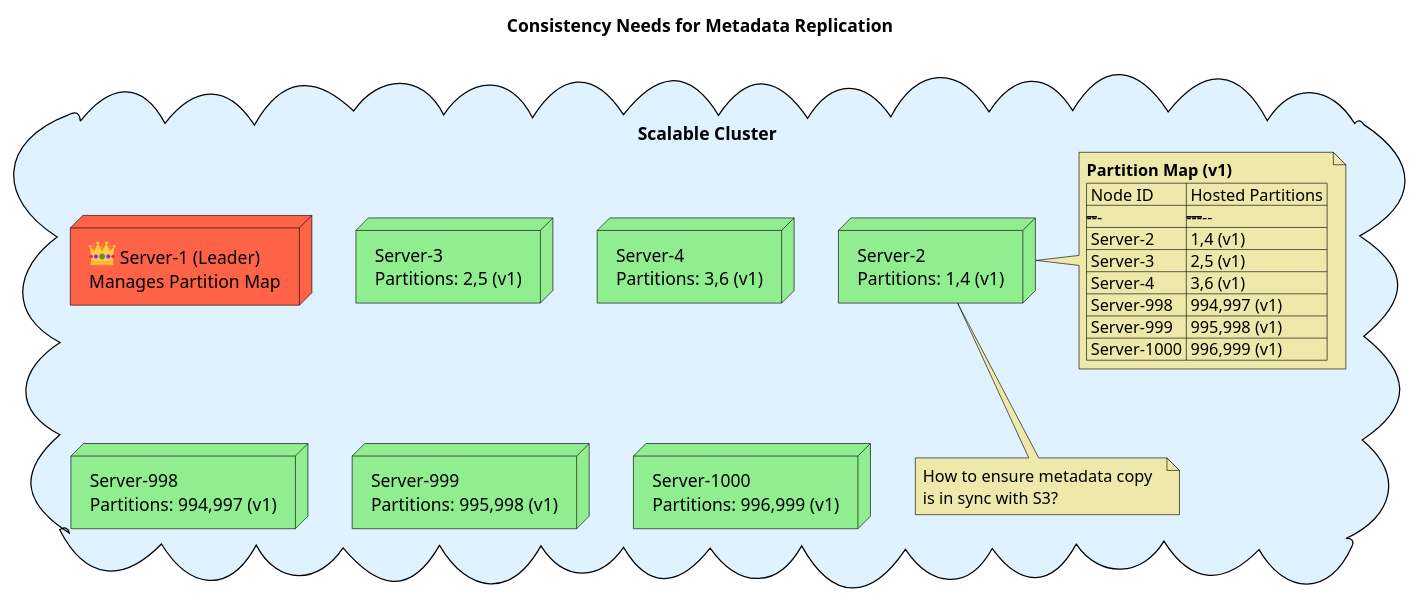
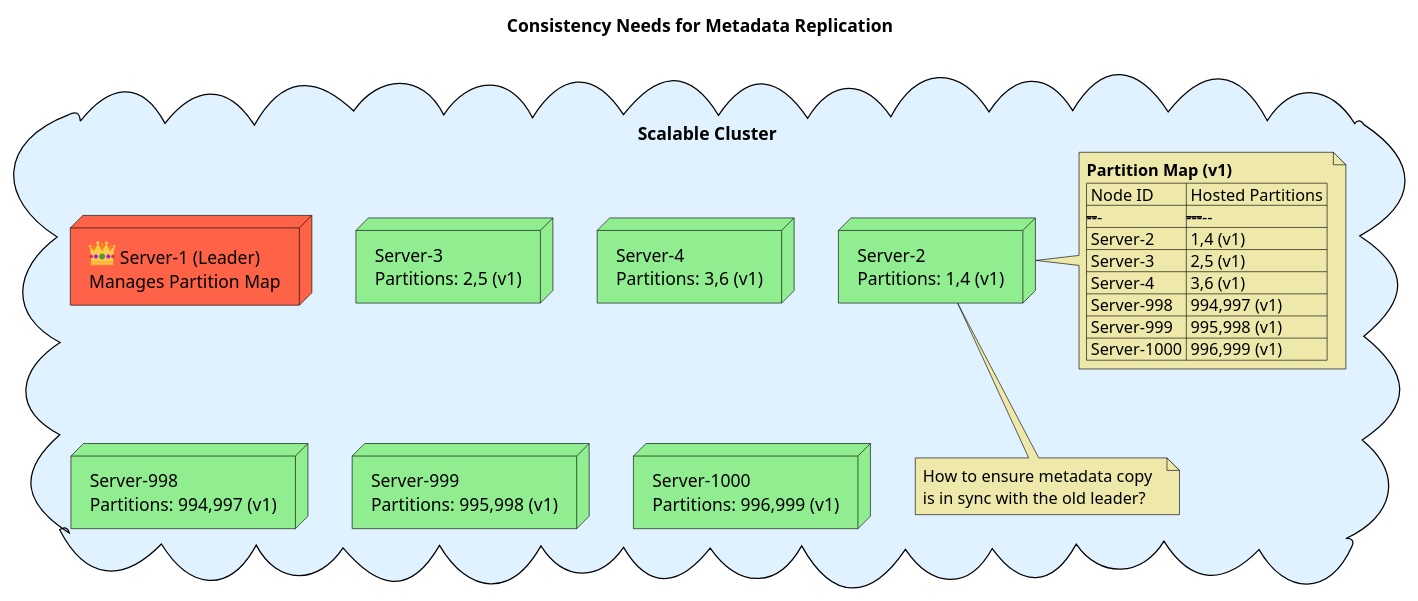
One commit to unmeshjoshi/MADSPlantUMLSteps changed the diagram in src/diagrams/cluster_metadata_consistency.puml. Above: the diagram before and after it, drawn with PlantUML. The commit also changed 2 other files, not shown here.

```diff
--- a/src/diagrams/cluster_metadata_consistency.puml
+++ b/src/diagrams/cluster_metadata_consistency.puml
@@ -1,50 +1,50 @@
 @startuml
 skinparam Shadowing false
 
 skinparam cloud {
     BackgroundColor #E0F2FF
     BorderColor Black
 }
 
 skinparam node {
     BackgroundColor White
     BorderColor Black
     RoundCorner 20
 }
 
 skinparam note {
     BackgroundColor PaleGoldenRod
     BorderColor Black
 }
 
 title **Consistency Needs for Metadata Replication**
 
 cloud "Scalable Cluster" {
     
     node "<:crown:> Server-1 (Leader)\nManages Partition Map" as S1 #Tomato
 
     node "Server-2\nPartitions: 1,4 (v1)" as S2 #LightGreen
     node "Server-3\nPartitions: 2,5 (v1)" as S3 #LightGreen
     node "Server-4\nPartitions: 3,6 (v1)" as S4 #LightGreen
     node "Server-998\nPartitions: 994,997 (v1)" as S998 #LightGreen
     node "Server-999\nPartitions: 995,998 (v1)" as S999 #LightGreen
     node "Server-1000\nPartitions: 996,999 (v1)" as S1000 #LightGreen
 
     note right of S2
         **Partition Map (v1)**  
         | Node ID   | Hosted Partitions |
         |-----------|-----------------|
         | Server-2  | 1,4 (v1)   |
         | Server-3  | 2,5 (v1)   |
         | Server-4  | 3,6 (v1)   |
         | Server-998 | 994,997 (v1) |
         | Server-999 | 995,998 (v1) |
         | Server-1000 | 996,999 (v1) |
     end note
 
     note bottom of S2
         How to ensure metadata copy  
-        is in sync with S3?
+        is in sync with the old leader?
     end note
 }
 @enduml
```
